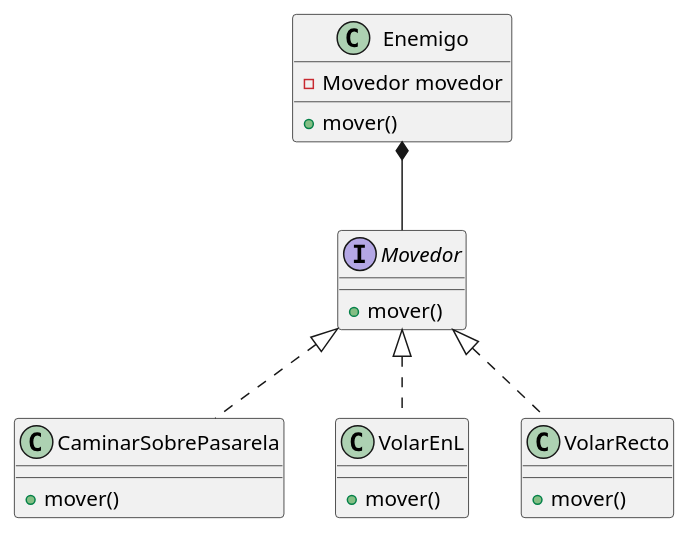
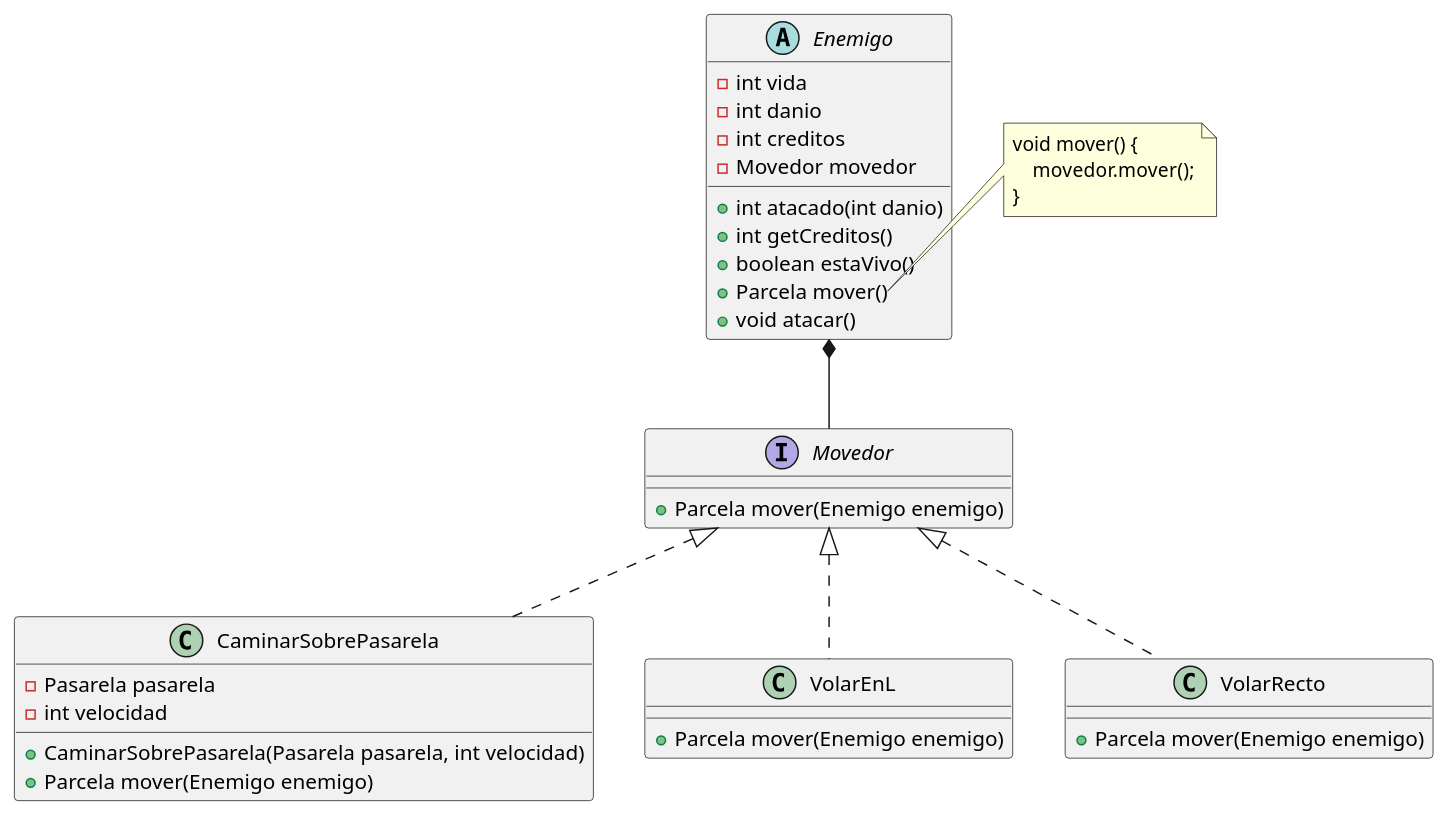
Before and after one commit to alejoordonez02/AlgoDefense: the diagram in diagrams/modelo/Movedor Strategy.puml, drawn with PlantUML. The commit also changed 1 other file, not shown here.

Commit message:
Actualizo diagramas de clase

```diff
--- a/diagrams/modelo/Movedor Strategy.puml
+++ b/diagrams/modelo/Movedor Strategy.puml
@@ -1,31 +1,48 @@
 @startuml
 
-class Enemigo {
+abstract Enemigo {
+    - int vida
+    - int danio
+    - int creditos
     - Movedor movedor
 
-    + mover()
+    + int atacado(int danio)
+    + int getCreditos()
+    + boolean estaVivo()
+    + Parcela mover()
+    + void atacar()
 }
 
 interface Movedor {
-    + mover()
+    + Parcela mover(Enemigo enemigo)
 }
 
 class CaminarSobrePasarela {
-    + mover()
+    - Pasarela pasarela
+    - int velocidad
+
+    + CaminarSobrePasarela(Pasarela pasarela, int velocidad)
+    + Parcela mover(Enemigo enemigo)
 }
 
 class VolarEnL {
-    + mover()
+    + Parcela mover(Enemigo enemigo)
 }
 
 class VolarRecto {
-    + mover()
+    + Parcela mover(Enemigo enemigo)
 }
+
+note right of Enemigo::"mover()"
+    void mover() {
+        movedor.mover();
+    }
+end note
 
 Movedor <|.. CaminarSobrePasarela
 Movedor <|.. VolarEnL
 Movedor <|.. VolarRecto
 
 Enemigo *-- Movedor
 
 @enduml
```
